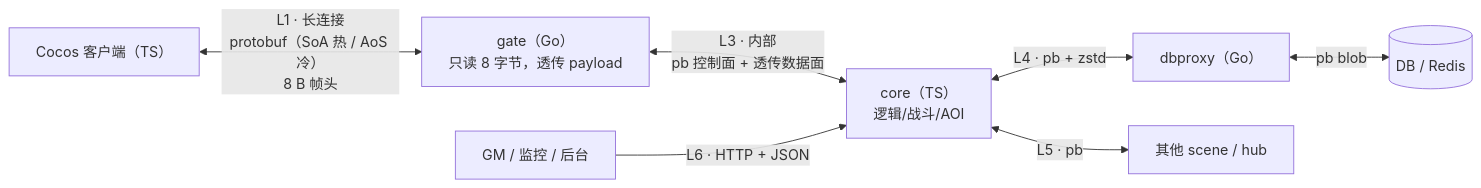
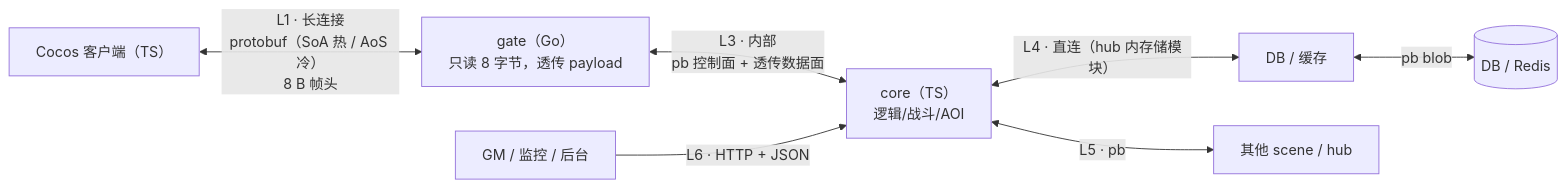
The diagram in docs/protocol-map.md (qianqians/meter), drawn with Mermaid before and after one commit. The commit also changed other lines of this file and 37 other files, not shown here.

````diff
--- a/docs/protocol-map.md
+++ b/docs/protocol-map.md
@@ -53,9 +53,9 @@
 ```mermaid
 flowchart LR
   C["Cocos 客户端（TS）"] <-->|"L1 · 长连接<br/>protobuf（SoA 热 / AoS 冷）<br/>8 B 帧头"| G["gate（Go）<br/>只读 8 字节，透传 payload"]
   G <-->|"L3 · 内部<br/>pb 控制面 + 透传数据面"| K["core（TS）<br/>逻辑/战斗/AOI"]
-  K <-->|"L4 · pb + zstd"| D["dbproxy（Go）"]
+  K <-->|"L4 · 直连（hub 内存储模块）"| D["DB / 缓存"]
   K <-->|"L5 · pb"| K2["其他 scene / hub"]
   D <-->|"pb blob"| DB[("DB / Redis")]
   M["GM / 监控 / 后台"] -->|"L6 · HTTP + JSON"| K
 ```
````
